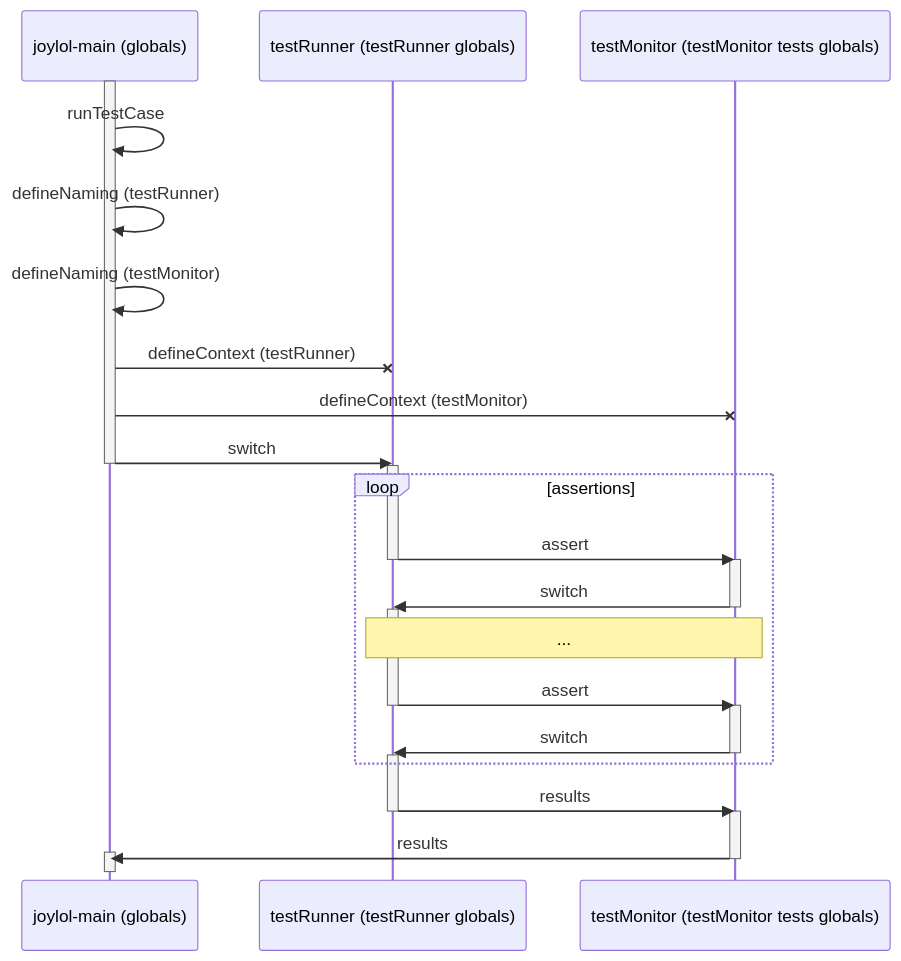
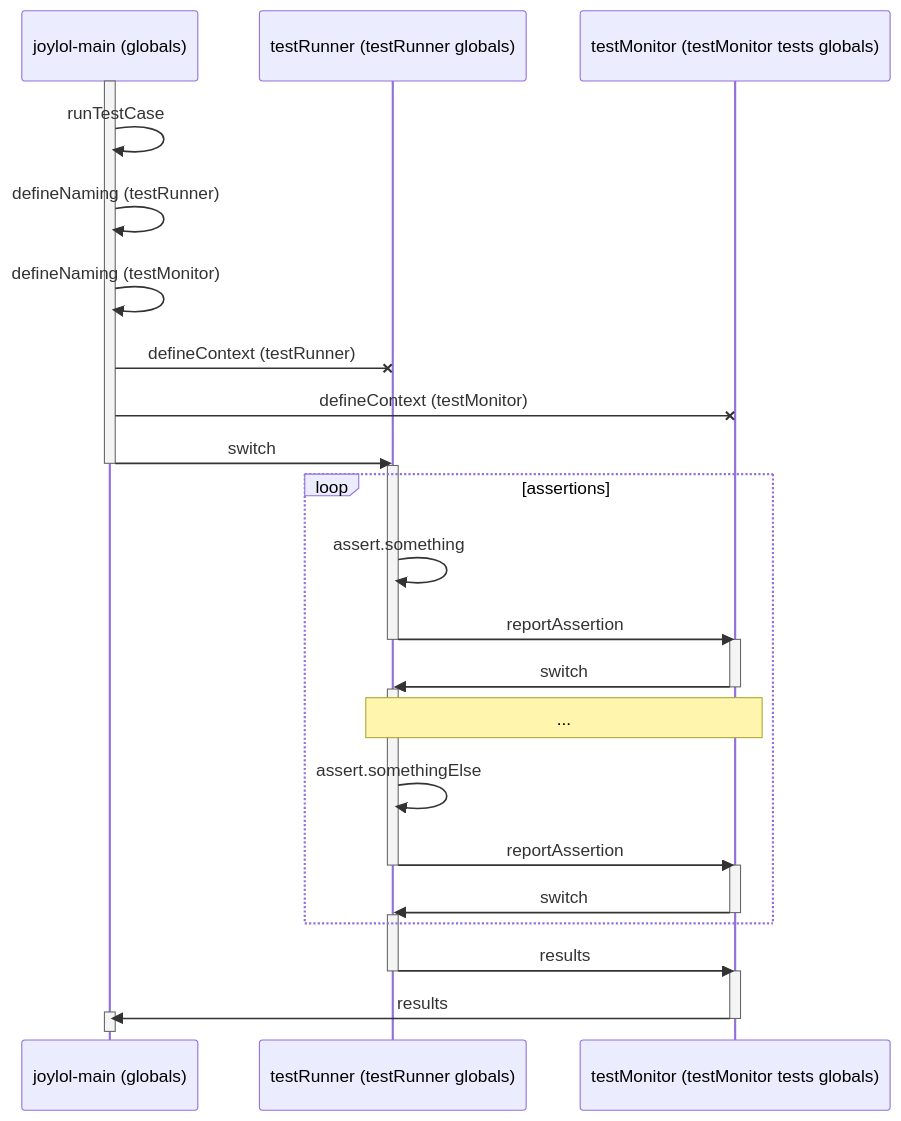
One commit to stephengaito/documentArchive changed the diagram in extensions/joylolTests/doc/runJoylolTestCase.mmd. Above: the diagram before and after it, drawn with Mermaid.

Commit message:
improved detail in runJoylolTestCase to show difference from assertion and reportAssertion in call sequence

```diff
--- a/extensions/joylolTests/doc/runJoylolTestCase.mmd
+++ b/extensions/joylolTests/doc/runJoylolTestCase.mmd
@@ -1,37 +1,39 @@
 sequenceDiagram
   participant m as joylol-main (globals)
   participant tr as testRunner (testRunner globals)
   participant tm as testMonitor (testMonitor tests globals)
 
   %% specify context switches
   activate m
   m  ->> m : runTestCase
   m  ->> m : defineNaming (testRunner)
   m  ->> m : defineNaming (testMonitor)
   m  -X tr : defineContext (testRunner)
   m  -X tm : defineContext (testMonitor)
   m  ->> tr : switch
   deactivate m
   activate tr
   loop assertions
-    tr ->> tm : assert
+    tr ->> tr : assert.something
+    tr ->> tm : reportAssertion
     deactivate tr
     activate tm
     tm ->> tr : switch
     deactivate tm
     activate tr
     note over tr,tm :     ...
-    tr ->> tm : assert
+    tr ->> tr : assert.somethingElse
+    tr ->> tm : reportAssertion
     deactivate tr
     activate tm
     tm ->> tr : switch
     deactivate tm
     activate tr
   end
   tr ->> tm : results
   deactivate tr
   activate tm
   tm ->> m : results
   deactivate tm
   activate m
   deactivate m
```
